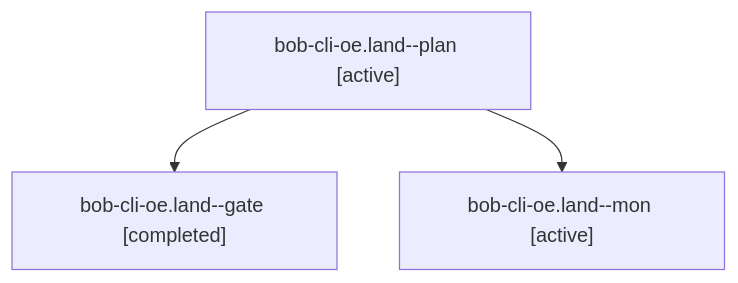
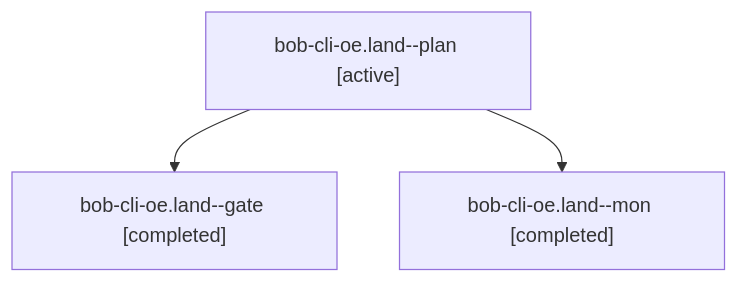
One commit to bobs-org/bob-cli--agents changed the diagram in sessions/bbugyi200.apollo.bob-cli-oe.land.md. Above: the diagram before and after it, drawn with Mermaid. The commit also changed other lines of this file and 67 other files, not shown here.

````diff
--- a/sessions/bbugyi200.apollo.bob-cli-oe.land.md
+++ b/sessions/bbugyi200.apollo.bob-cli-oe.land.md
@@ -9,8 +9,8 @@
 ```mermaid
 flowchart TD
   n0["bob-cli-oe.land--plan [active]"]
   n1["bob-cli-oe.land--gate [completed]"]
   n0 --> n1
-  n2["bob-cli-oe.land--mon [active]"]
+  n2["bob-cli-oe.land--mon [completed]"]
   n0 --> n2
 ```
````
